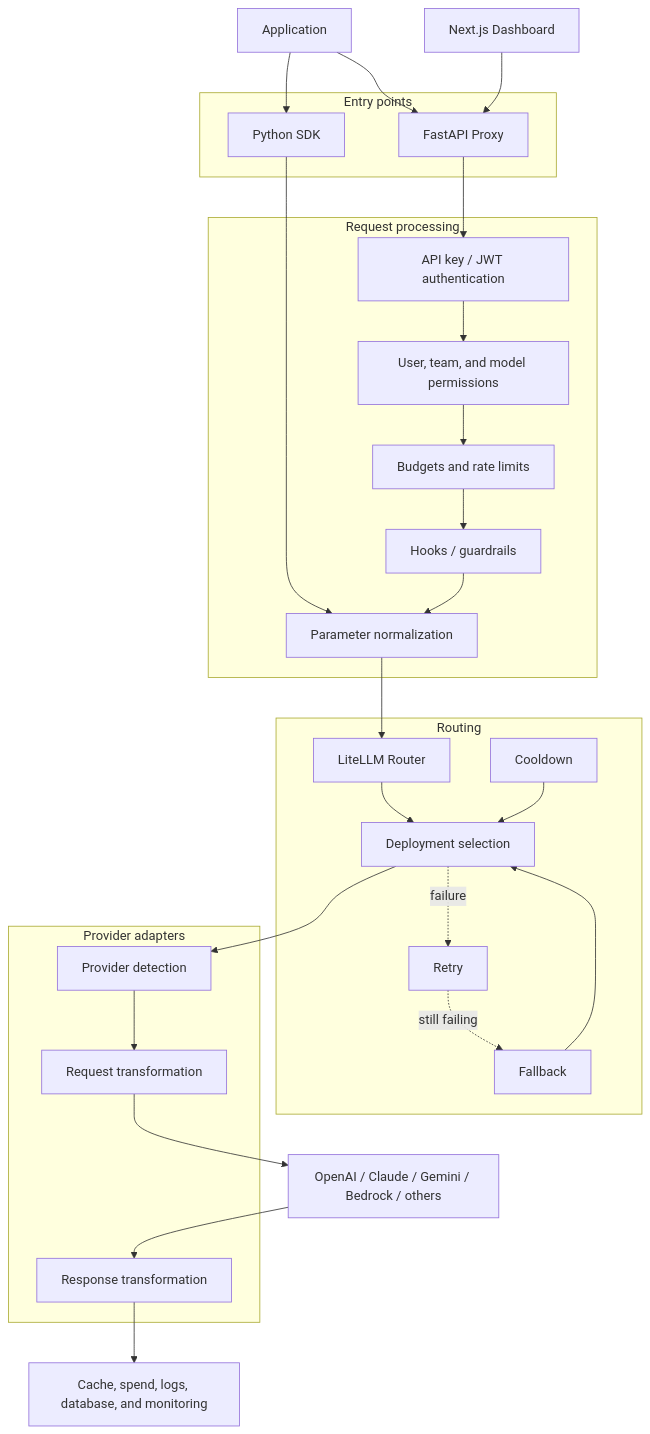
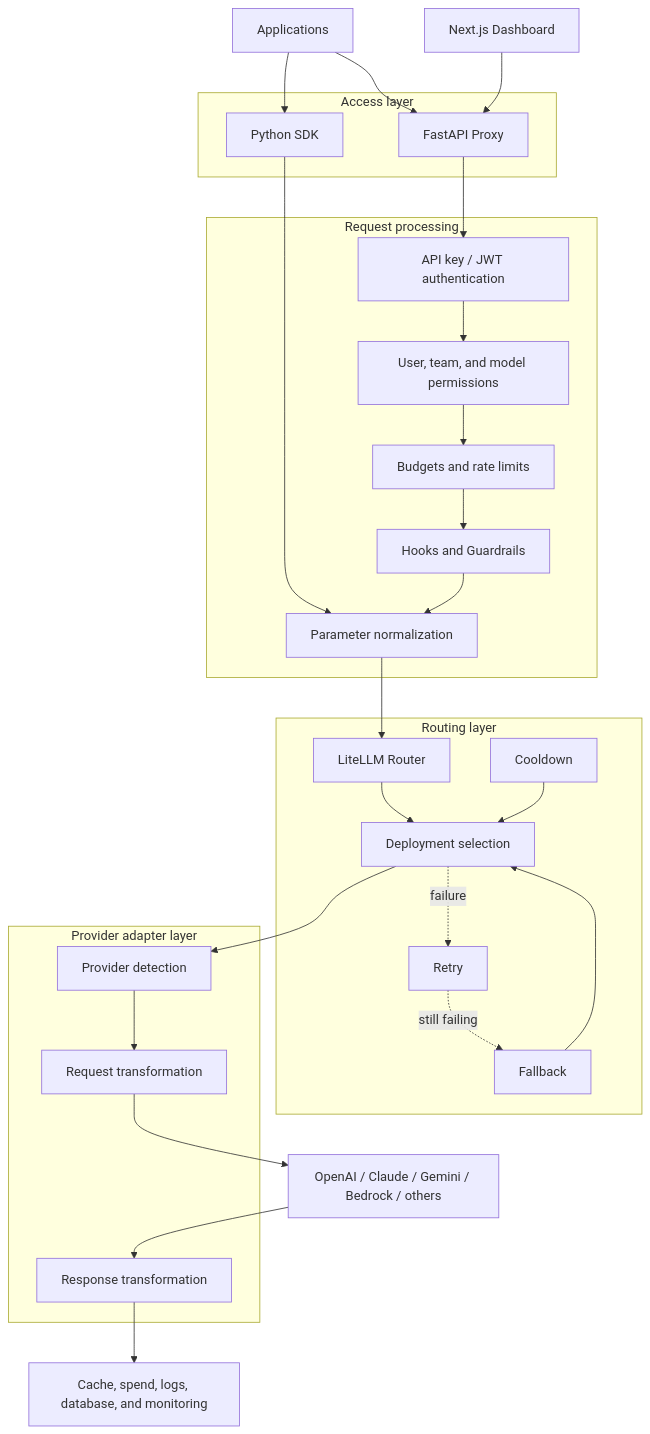
Before and after one commit to zj75968-cpu/docusaurus: the second of 11 diagrams in website/i18n/en/docusaurus-plugin-content-docs/current/knowledge-base/guides/litellm-project-guide.md, drawn with Mermaid. The commit also changed other lines of this file and 1 other file, not shown here.

````diff
--- a/website/i18n/en/docusaurus-plugin-content-docs/current/knowledge-base/guides/litellm-project-guide.md
+++ b/website/i18n/en/docusaurus-plugin-content-docs/current/knowledge-base/guides/litellm-project-guide.md
@@ -98,45 +110,45 @@
 ```mermaid
 flowchart TB
-    Client["Application"]
+    Client["Applications"]
     Dashboard["Next.js Dashboard"]
 
-    subgraph Access["Entry points"]
+    subgraph Access["Access layer"]
         SDK["Python SDK"]
         Proxy["FastAPI Proxy"]
     end
 
     subgraph Processing["Request processing"]
         Auth["API key / JWT authentication"]
         Permission["User, team, and model permissions"]
         Budget["Budgets and rate limits"]
-        Hooks["Hooks / guardrails"]
+        Hooks["Hooks and Guardrails"]
         Normalize["Parameter normalization"]
     end
 
-    subgraph Routing["Routing"]
+    subgraph Routing["Routing layer"]
         Router["LiteLLM Router"]
         Selection["Deployment selection"]
         Retry["Retry"]
         Fallback["Fallback"]
         Cooldown["Cooldown"]
     end
 
-    subgraph Adapter["Provider adapters"]
+    subgraph Adapter["Provider adapter layer"]
         Detect["Provider detection"]
         Request["Request transformation"]
         Response["Response transformation"]
     end
 
     Client --> SDK
     Client --> Proxy
     Dashboard --> Proxy
     SDK --> Normalize
     Proxy --> Auth --> Permission --> Budget --> Hooks --> Normalize
     Normalize --> Router --> Selection --> Detect --> Request
-    Selection -.failure.-> Retry
-    Retry -.still failing.-> Fallback --> Selection
+    Selection -. failure .-> Retry
+    Retry -. still failing .-> Fallback --> Selection
     Cooldown --> Selection
     Request --> Providers["OpenAI / Claude / Gemini / Bedrock / others"]
     Providers --> Response
     Response --> Infra["Cache, spend, logs, database, and monitoring"]
 ```
````
